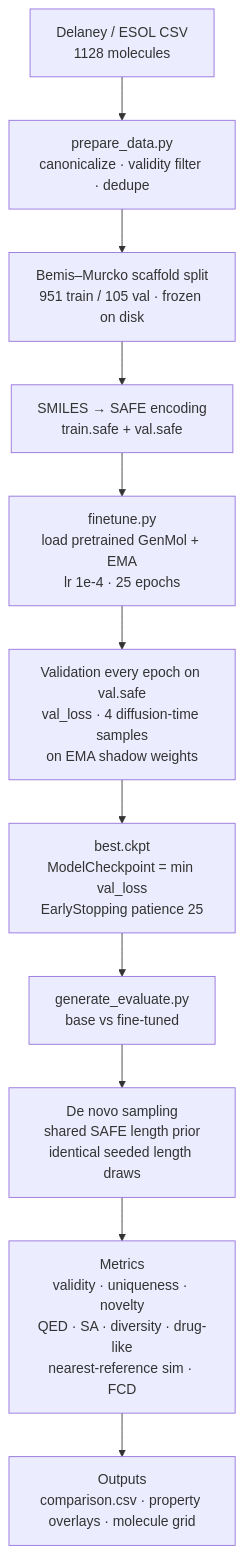
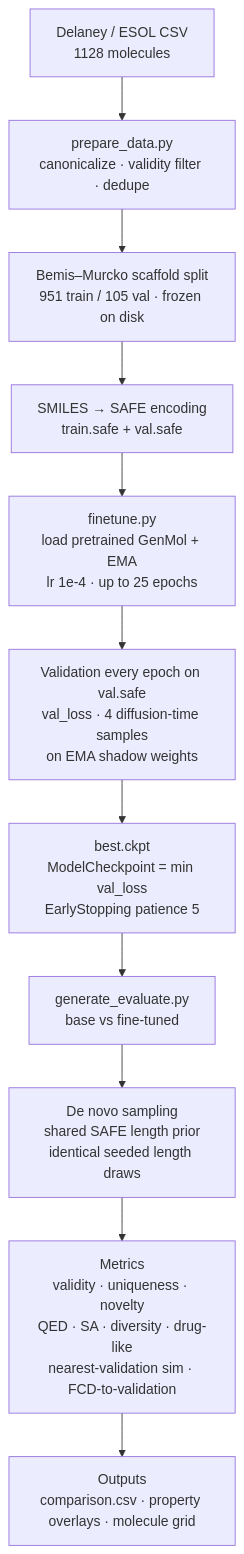
The diagram in README.md (vibhas-singh/genmol-poc), drawn with Mermaid before and after one commit. The commit also changed other lines of this file and 2 other files, not shown here.

````diff
--- a/README.md
+++ b/README.md
@@ -77,13 +80,13 @@
 ```mermaid
 flowchart TD
     A[Delaney / ESOL CSV<br/>1128 molecules] --> B[prepare_data.py<br/>canonicalize · validity filter · dedupe]
     B --> C[Bemis–Murcko scaffold split<br/>951 train / 105 val · frozen on disk]
     C --> D[SMILES → SAFE encoding<br/>train.safe + val.safe]
-    D --> E[finetune.py<br/>load pretrained GenMol + EMA<br/>lr 1e-4 · 25 epochs]
+    D --> E[finetune.py<br/>load pretrained GenMol + EMA<br/>lr 1e-4 · up to 25 epochs]
     E --> F[Validation every epoch on val.safe<br/>val_loss · 4 diffusion-time samples<br/>on EMA shadow weights]
-    F --> G[best.ckpt<br/>ModelCheckpoint = min val_loss<br/>EarlyStopping patience 25]
+    F --> G[best.ckpt<br/>ModelCheckpoint = min val_loss<br/>EarlyStopping patience 5]
     G --> H[generate_evaluate.py<br/>base vs fine-tuned]
     H --> I[De novo sampling<br/>shared SAFE length prior<br/>identical seeded length draws]
-    I --> J[Metrics<br/>validity · uniqueness · novelty<br/>QED · SA · diversity · drug-like<br/>nearest-reference sim · FCD]
+    I --> J[Metrics<br/>validity · uniqueness · novelty<br/>QED · SA · diversity · drug-like<br/>nearest-validation sim · FCD-to-validation]
     J --> K[Outputs<br/>comparison.csv · property overlays · molecule grid]
 ```
````
